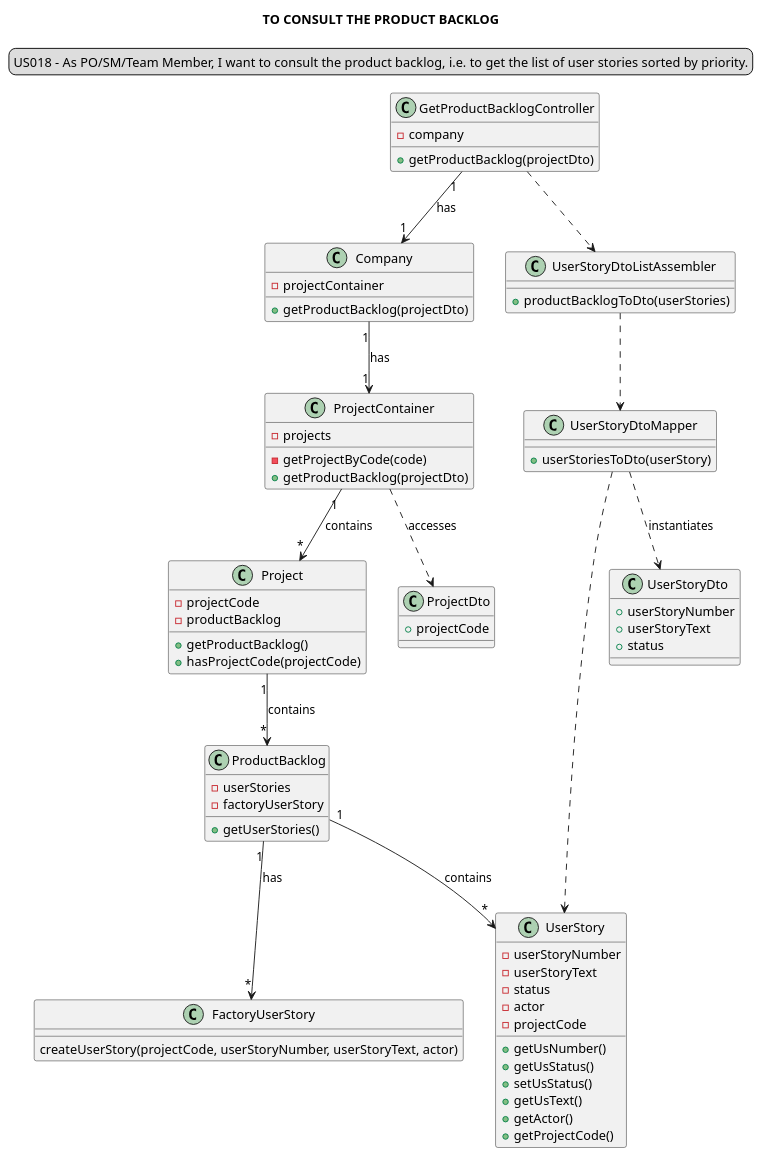
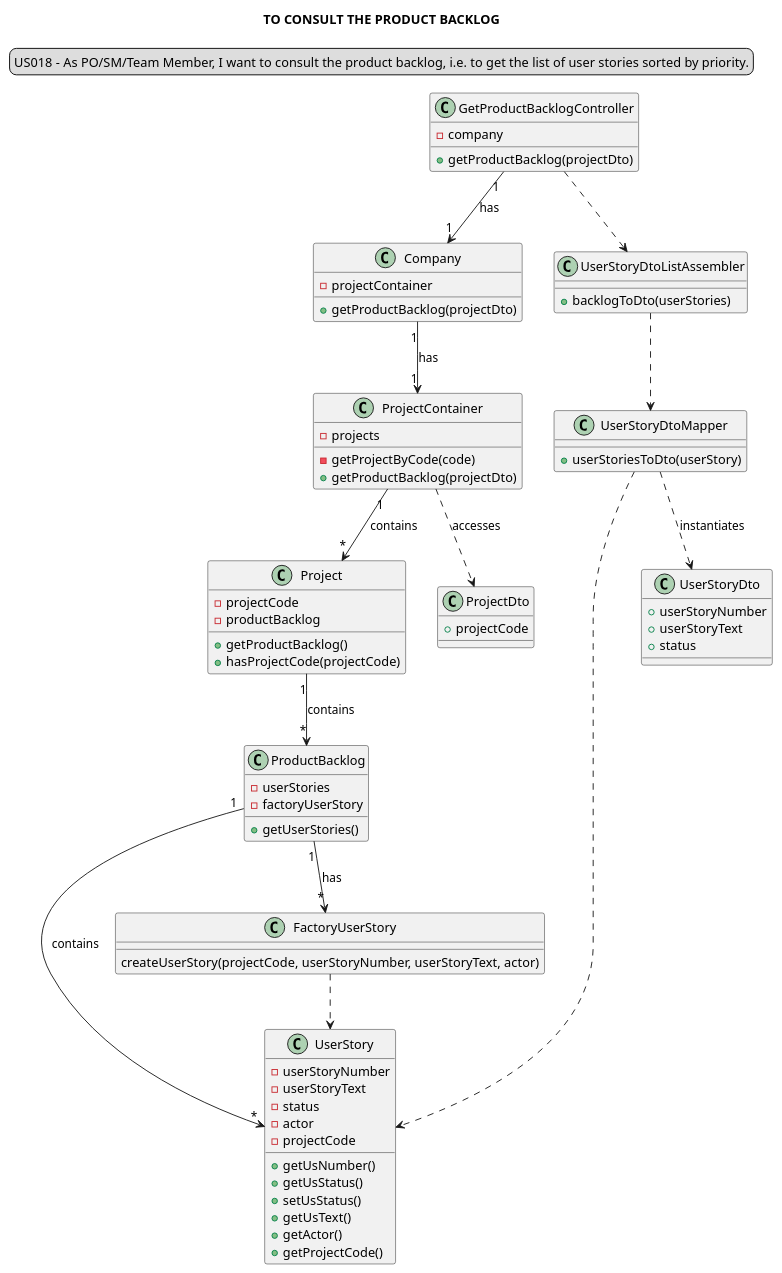
Before and after one commit to Loracline/project_switch_22-23: the diagram in docs/modelling_design/user_stories/sprint03/us018/US018_ClassDiagram.puml, drawn with PlantUML. The commit also changed 1 other file, not shown here.

```diff
--- a/docs/modelling_design/user_stories/sprint03/us018/US018_ClassDiagram.puml
+++ b/docs/modelling_design/user_stories/sprint03/us018/US018_ClassDiagram.puml
@@ -1,87 +1,87 @@
 @startuml
 'https://plantuml.com/class-diagram
 
 title TO CONSULT THE PRODUCT BACKLOG
 skinparam sequenceMessageAlign center
 legend top
 US018 - As PO/SM/Team Member, I want to consult the product backlog, i.e. to get the list of user stories sorted by priority.
 end legend
 
 class "GetProductBacklogController" {
 -company
 +getProductBacklog(projectDto)
 }
 
 class "Company"{
 -projectContainer
 +getProductBacklog(projectDto)
 }
 
 class "ProjectContainer"{
 -projects
 -getProjectByCode(code)
 +getProductBacklog(projectDto)
 }
 
 class "Project"{
 -projectCode
 -productBacklog
 +getProductBacklog()
 +hasProjectCode(projectCode)
 }
 
 class "ProductBacklog"{
 -userStories
 -factoryUserStory
 +getUserStories()
 }
 
 class "UserStory"{
 -userStoryNumber
 -userStoryText
 -status
 -actor
 -projectCode
 +getUsNumber()
 +getUsStatus()
 +setUsStatus()
 +getUsText()
 +getActor()
 +getProjectCode()
 }
 
 class "FactoryUserStory"{
 createUserStory(projectCode, userStoryNumber, userStoryText, actor)
 }
 
 class "UserStoryDtoListAssembler"{
-+productBacklogToDto(userStories)
++backlogToDto(userStories)
 }
 
 class "UserStoryDtoMapper"{
 +userStoriesToDto(userStory)
 }
 
 class "UserStoryDto"{
 +userStoryNumber
 +userStoryText
 +status
 }
 
 class "ProjectDto"{
 +projectCode
 }
 
 "GetProductBacklogController" "1"-->"1" "Company": has
 "GetProductBacklogController" ..> "UserStoryDtoListAssembler"
 "UserStoryDtoListAssembler" ..> "UserStoryDtoMapper"
 "UserStoryDtoMapper" ..> "UserStory"
 "Company" "1"-->"1" "ProjectContainer": has
 "ProjectContainer" "1"-->"*" Project: contains
 "ProjectContainer" ..> ProjectDto: accesses
 "Project" "1"-->"*" ProductBacklog: contains
 "ProductBacklog" "1"-->"*" UserStory: contains
 "ProductBacklog" "1"-->"*" FactoryUserStory: has
 "UserStoryDtoMapper" ..> "UserStoryDto": instantiates
-
+"FactoryUserStory" ..> UserStory
 @enduml
```
